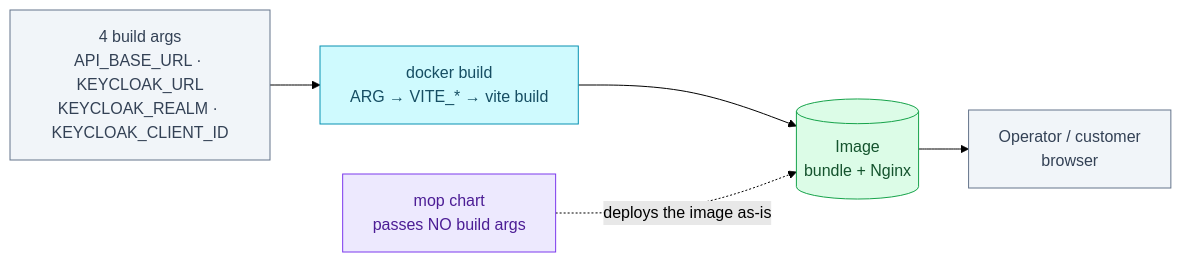
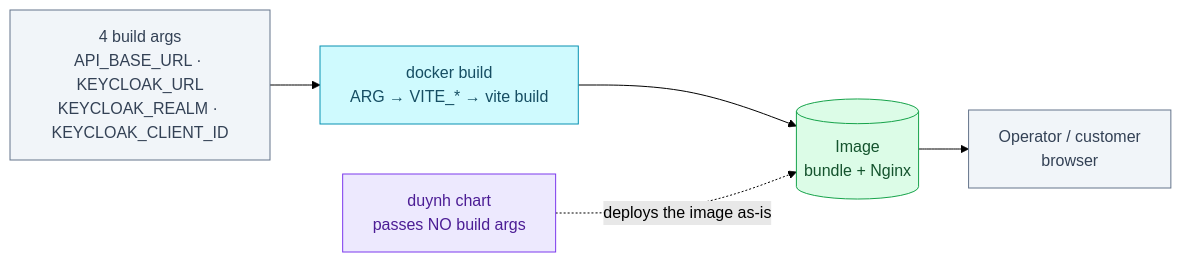
Before and after one commit to duynhlab/homelab: the diagram in docs/frontend/README.md, drawn with Mermaid (forest theme). The commit also changed other lines of this file and 46 other files, not shown here.

First line of the commit message:
Deploy services with duynh and slo, drop mop (#1231)

````diff
--- a/docs/frontend/README.md
+++ b/docs/frontend/README.md
@@ -45,21 +45,21 @@
 ```mermaid
 flowchart LR
   ARGS["4 build args<br/>API_BASE_URL · KEYCLOAK_URL<br/>KEYCLOAK_REALM · KEYCLOAK_CLIENT_ID"]
   BUILD["docker build<br/>ARG → VITE_* → vite build"]
   IMG[("Image<br/>bundle + Nginx")]
-  CHART["mop chart<br/>passes NO build args"]
+  CHART["duynh chart<br/>passes NO build args"]
   BROWSER["Operator / customer<br/>browser"]
 
   ARGS --> BUILD --> IMG
   CHART -.->|"deploys the image as-is"| IMG
   IMG --> BROWSER
 
   classDef external fill:#f1f5f9,color:#334155,stroke:#64748b;
   classDef service fill:#cffafe,color:#164e63,stroke:#0891b2;
   classDef data fill:#dcfce7,color:#14532d,stroke:#16a34a;
   classDef platform fill:#ede9fe,color:#4c1d95,stroke:#7c3aed;
   class ARGS,BROWSER external
   class BUILD service
   class IMG data
   class CHART platform
 ```
````
